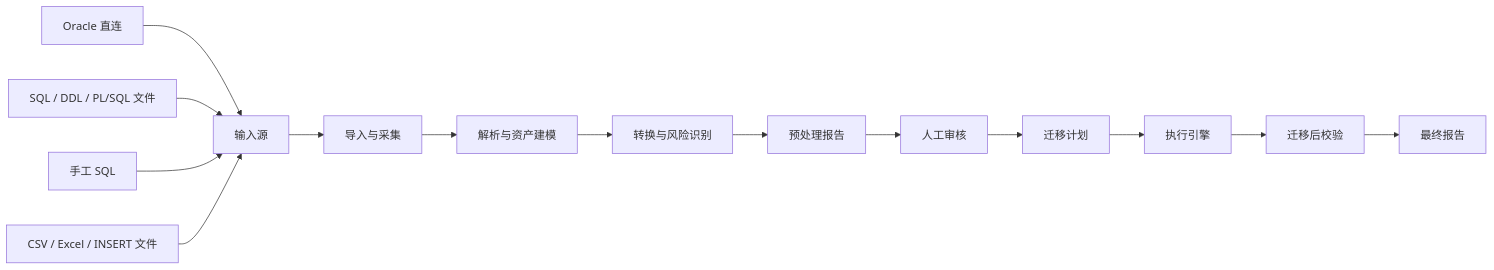
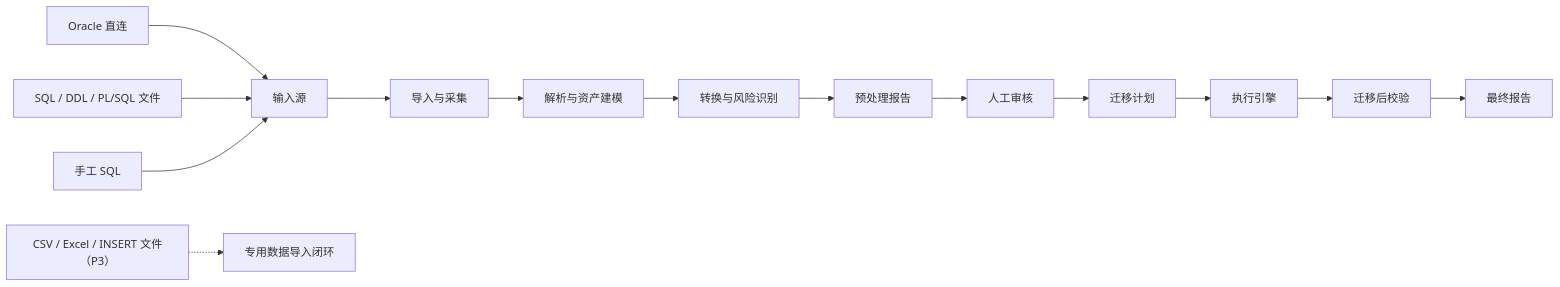
Before and after one commit to sainm/SchemaPilot: the first of 11 diagrams in docs/design.md, drawn with Mermaid. The commit also changed other lines of this file and 28 other files, not shown here.

````diff
--- a/docs/design.md
+++ b/docs/design.md
@@ -90,17 +90,17 @@
 ```mermaid
 flowchart LR
   A["输入源"] --> B["导入与采集"]
   B --> C["解析与资产建模"]
   C --> D["转换与风险识别"]
   D --> E["预处理报告"]
   E --> F["人工审核"]
   F --> G["迁移计划"]
   G --> H["执行引擎"]
   H --> I["迁移后校验"]
   I --> J["最终报告"]
 
   A1["Oracle 直连"] --> A
   A2["SQL / DDL / PL/SQL 文件"] --> A
   A3["手工 SQL"] --> A
-  A4["CSV / Excel / INSERT 文件"] --> A
+  A4["CSV / Excel / INSERT 文件（P3）"] -.-> A5["专用数据导入闭环"]
 ```
````
